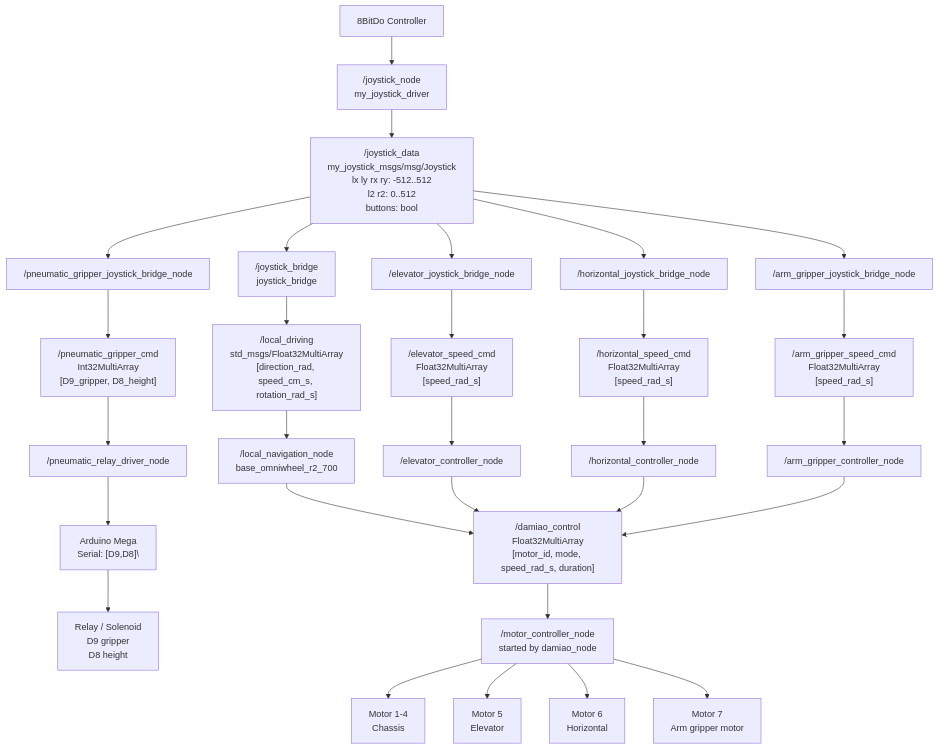
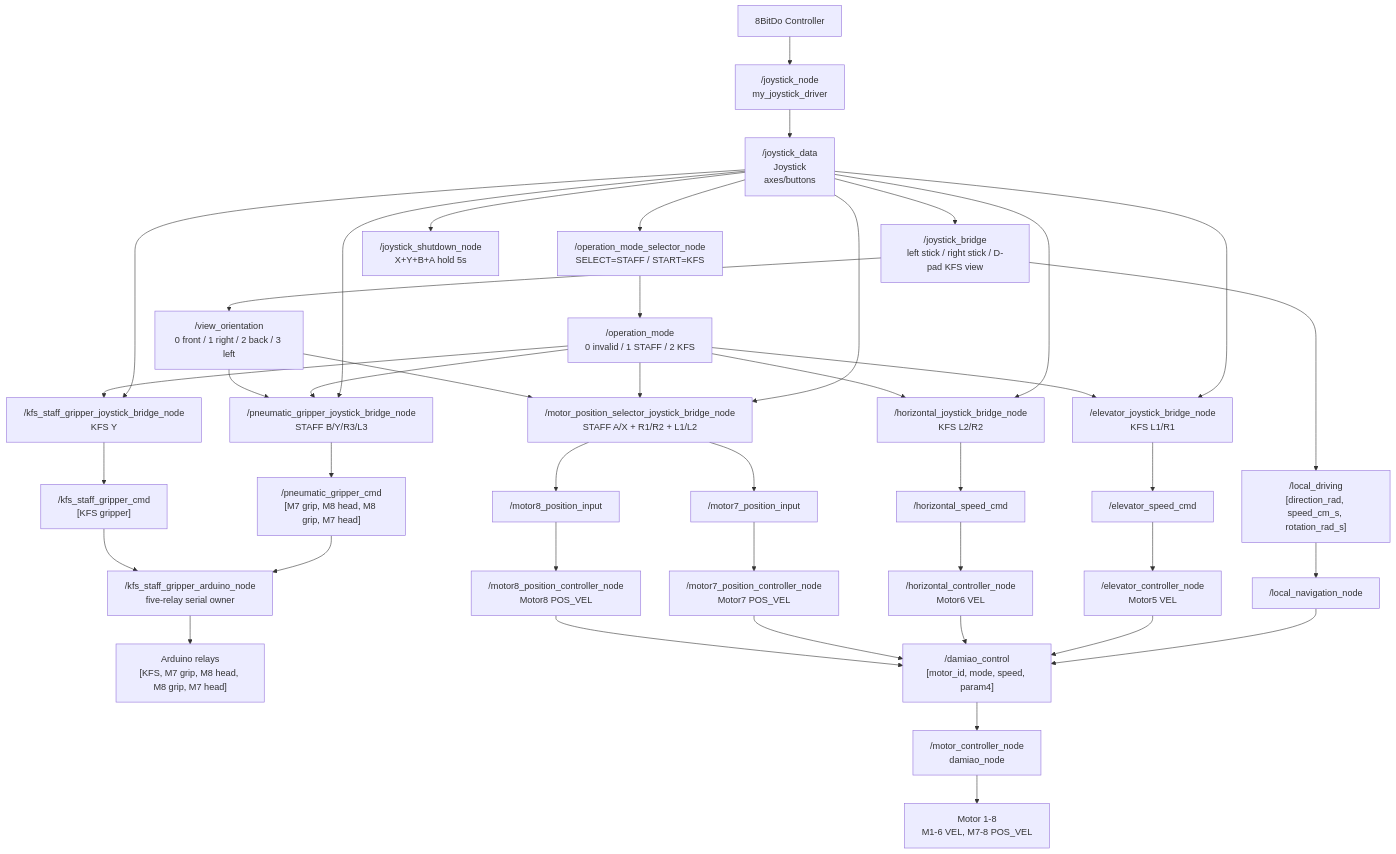
One commit to herolch07/joystck_controller changed the first of 11 diagrams in NODE_GRAPH.md. Above: the diagram before and after it, drawn with Mermaid. The commit also changed other lines of this file and 18 other files, not shown here.

````diff
--- a/NODE_GRAPH.md
+++ b/NODE_GRAPH.md
@@ -11,51 +11,68 @@
 ```mermaid
 flowchart TD
     Controller[8BitDo Controller]
     JoyNode["/joystick_node<br/>my_joystick_driver"]
-    JoyTopic["/joystick_data<br/>my_joystick_msgs/msg/Joystick<br/>lx ly rx ry: -512..512<br/>l2 r2: 0..512<br/>buttons: bool"]
+    JoyTopic["/joystick_data<br/>Joystick<br/>axes/buttons"]
 
-    BaseBridge["/joystick_bridge<br/>joystick_bridge"]
-    LocalDriving["/local_driving<br/>std_msgs/Float32MultiArray<br/>[direction_rad, speed_cm_s, rotation_rad_s]"]
-    NavNode["/local_navigation_node<br/>base_omniwheel_r2_700"]
+    Mode["/operation_mode_selector_node<br/>SELECT=STAFF / START=KFS"]
+    ModeTopic["/operation_mode<br/>0 invalid / 1 STAFF / 2 KFS"]
 
-    ElevBridge["/elevator_joystick_bridge_node"]
-    ElevCmd["/elevator_speed_cmd<br/>Float32MultiArray<br/>[speed_rad_s]"]
-    ElevCtrl["/elevator_controller_node"]
+    BaseBridge["/joystick_bridge<br/>left stick / right stick / D-pad KFS view"]
+    LocalDriving["/local_driving<br/>[direction_rad, speed_cm_s, rotation_rad_s]"]
+    ViewTopic["/view_orientation<br/>0 front / 1 right / 2 back / 3 left"]
+    NavNode["/local_navigation_node"]
 
-    HorizBridge["/horizontal_joystick_bridge_node"]
-    HorizCmd["/horizontal_speed_cmd<br/>Float32MultiArray<br/>[speed_rad_s]"]
-    HorizCtrl["/horizontal_controller_node"]
+    ElevBridge["/elevator_joystick_bridge_node<br/>KFS L1/R1"]
+    ElevCmd["/elevator_speed_cmd"]
+    ElevCtrl["/elevator_controller_node<br/>Motor5 VEL"]
 
-    ArmGripBridge["/arm_gripper_joystick_bridge_node"]
-    ArmGripCmd["/arm_gripper_speed_cmd<br/>Float32MultiArray<br/>[speed_rad_s]"]
-    ArmGripCtrl["/arm_gripper_controller_node"]
+    HorizBridge["/horizontal_joystick_bridge_node<br/>KFS L2/R2"]
+    HorizCmd["/horizontal_speed_cmd"]
+    HorizCtrl["/horizontal_controller_node<br/>Motor6 VEL"]
 
-    PneuBridge["/pneumatic_gripper_joystick_bridge_node"]
-    PneuCmd["/pneumatic_gripper_cmd<br/>Int32MultiArray<br/>[D9_gripper, D8_height]"]
-    PneuDriver["/pneumatic_relay_driver_node"]
-    Arduino["Arduino Mega<br/>Serial: [D9,D8]\\n"]
-    Relay["Relay / Solenoid<br/>D9 gripper<br/>D8 height"]
+    PosBridge["/motor_position_selector_joystick_bridge_node<br/>STAFF A/X + R1/R2 + L1/L2"]
+    M7Input["/motor7_position_input"]
+    M8Input["/motor8_position_input"]
+    M7Pos["/motor7_position_controller_node<br/>Motor7 POS_VEL"]
+    M8Pos["/motor8_position_controller_node<br/>Motor8 POS_VEL"]
 
-    DamiaoCmd["/damiao_control<br/>Float32MultiArray<br/>[motor_id, mode, speed_rad_s, duration]"]
-    DamiaoNode["/motor_controller_node<br/>started by damiao_node"]
-    M1to4["Motor 1-4<br/>Chassis"]
-    M5["Motor 5<br/>Elevator"]
-    M6["Motor 6<br/>Horizontal"]
-    M7["Motor 7<br/>Arm gripper motor"]
+    PneuBridge["/pneumatic_gripper_joystick_bridge_node<br/>STAFF B/Y/R3/L3"]
+    PneuCmd["/pneumatic_gripper_cmd<br/>[M7 grip, M8 head, M8 grip, M7 head]"]
+    KfsBridge["/kfs_staff_gripper_joystick_bridge_node<br/>KFS Y"]
+    KfsCmd["/kfs_staff_gripper_cmd<br/>[KFS gripper]"]
+    ArduinoNode["/kfs_staff_gripper_arduino_node<br/>five-relay serial owner"]
+    Relay["Arduino relays<br/>[KFS, M7 grip, M8 head, M8 grip, M7 head]"]
+
+    Power["/joystick_shutdown_node<br/>X+Y+B+A hold 5s"]
+    DamiaoCmd["/damiao_control<br/>[motor_id, mode, speed, param4]"]
+    DamiaoNode["/motor_controller_node<br/>damiao_node"]
+    Motors["Motor 1-8<br/>M1-6 VEL, M7-8 POS_VEL"]
 
     Controller --> JoyNode --> JoyTopic
-
+    JoyTopic --> Mode --> ModeTopic
     JoyTopic --> BaseBridge --> LocalDriving --> NavNode --> DamiaoCmd
+    BaseBridge --> ViewTopic
 
     JoyTopic --> ElevBridge --> ElevCmd --> ElevCtrl --> DamiaoCmd
+    ModeTopic --> ElevBridge
     JoyTopic --> HorizBridge --> HorizCmd --> HorizCtrl --> DamiaoCmd
-    JoyTopic --> ArmGripBridge --> ArmGripCmd --> ArmGripCtrl --> DamiaoCmd
+    ModeTopic --> HorizBridge
 
-    DamiaoCmd --> DamiaoNode
-    DamiaoNode --> M1to4
-    DamiaoNode --> M5
-    DamiaoNode --> M6
-    DamiaoNode --> M7
+    JoyTopic --> PosBridge
+    ModeTopic --> PosBridge
+    ViewTopic --> PosBridge
+    PosBridge --> M7Input --> M7Pos --> DamiaoCmd
+    PosBridge --> M8Input --> M8Pos --> DamiaoCmd
 
-    JoyTopic --> PneuBridge --> PneuCmd --> PneuDriver --> Arduino --> Relay
+    JoyTopic --> PneuBridge
+    ModeTopic --> PneuBridge
+    ViewTopic --> PneuBridge
+    PneuBridge --> PneuCmd --> ArduinoNode
+
+    JoyTopic --> KfsBridge
+    ModeTopic --> KfsBridge
+    KfsBridge --> KfsCmd --> ArduinoNode --> Relay
+
+    JoyTopic --> Power
+    DamiaoCmd --> DamiaoNode --> Motors
 ```
````
